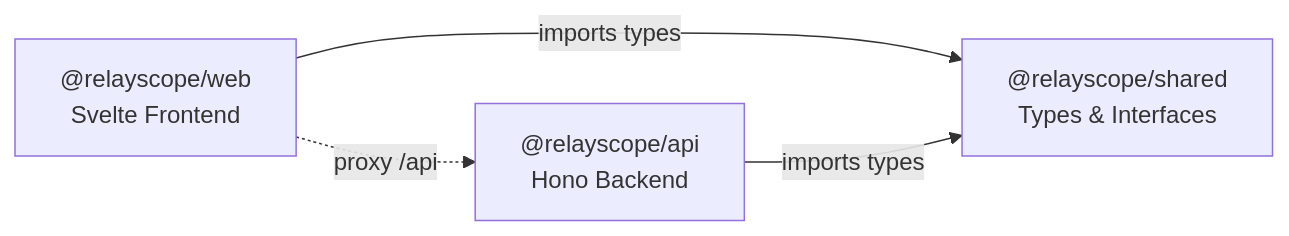
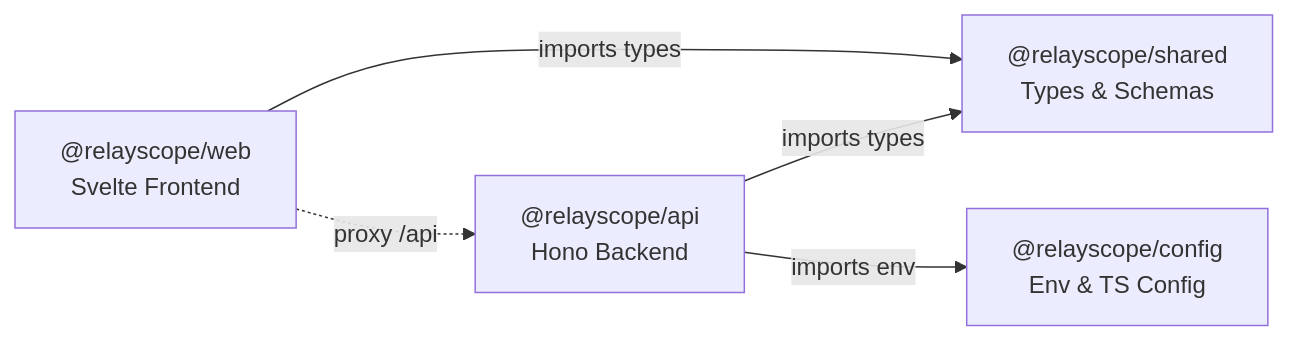
One commit to saad-tayyab/relay-dog changed the second of 5 diagrams in docs/architecture/overview.md. Above: the diagram before and after it, drawn with Mermaid. The commit also changed other lines of this file and 30 other files, not shown here.

````diff
--- a/docs/architecture/overview.md
+++ b/docs/architecture/overview.md
@@ -39,10 +39,12 @@
 ```mermaid
 graph LR
-    SHARED["@relayscope/shared<br/>Types & Interfaces"]
+    CONFIG["@relayscope/config<br/>Env & TS Config"]
+    SHARED["@relayscope/shared<br/>Types & Schemas"]
     WEB["@relayscope/web<br/>Svelte Frontend"]
     API["@relayscope/api<br/>Hono Backend"]
 
     WEB -->|"imports types"| SHARED
     API -->|"imports types"| SHARED
+    API -->|"imports env"| CONFIG
     WEB -.->|"proxy /api"| API
 ```
````
